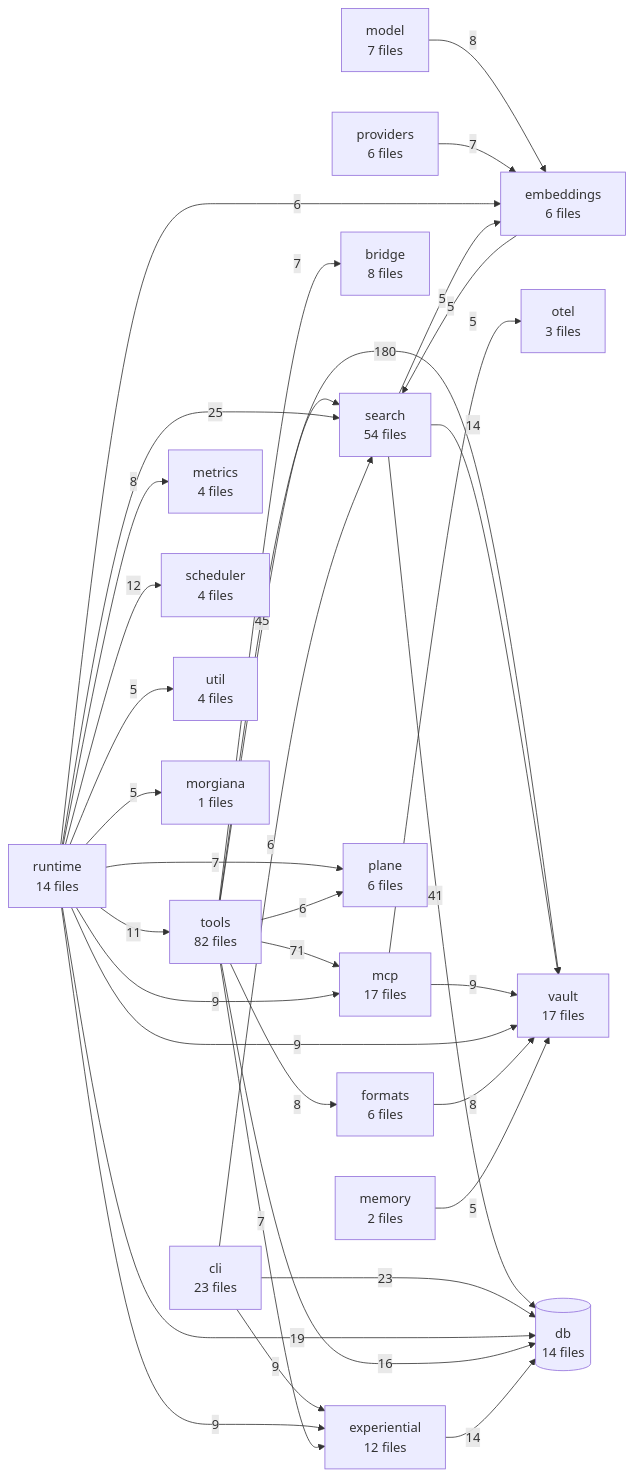
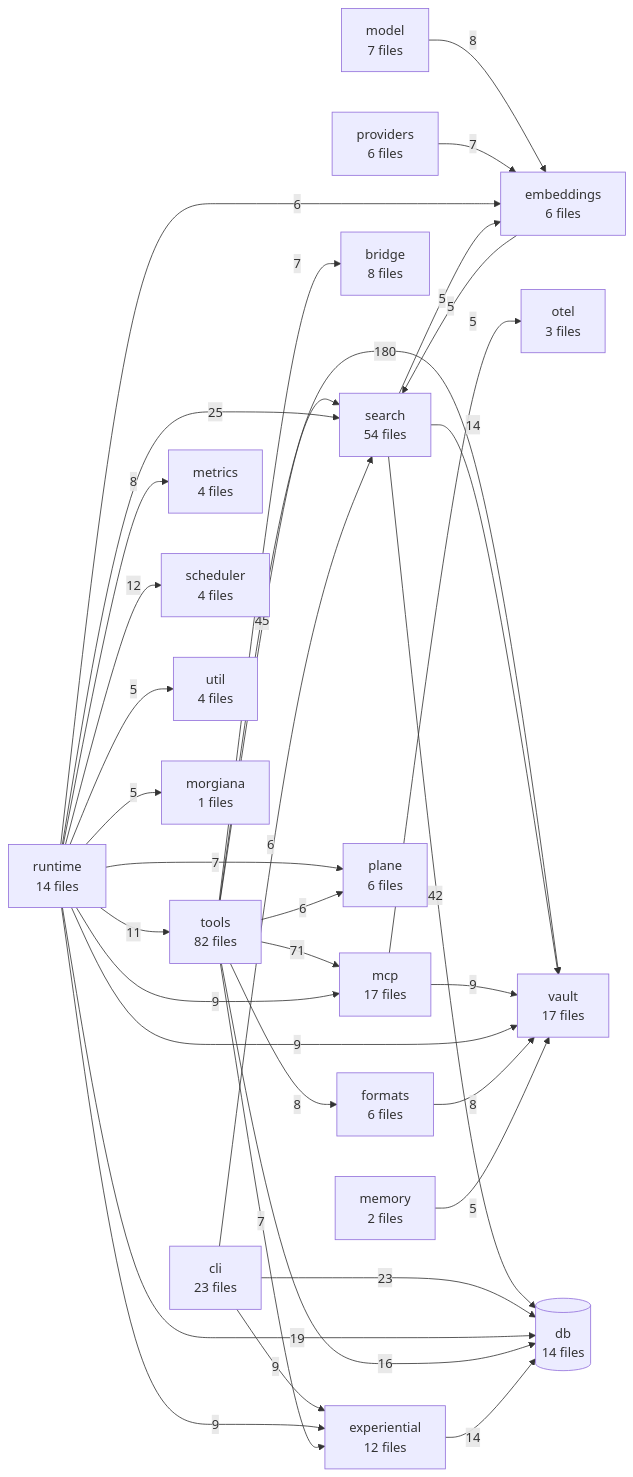
Before and after one commit to The-40-Thieves/obsidian-tc: the diagram in TREE.md, drawn with Mermaid. The commit also changed other lines of this file and 7 other files, not shown here.

````diff
--- a/TREE.md
+++ b/TREE.md
@@ -300,58 +301,58 @@
 ```mermaid
 flowchart LR
   tools[tools<br/>82 files]
   search[search<br/>54 files]
   cli[cli<br/>23 files]
   mcp[mcp<br/>17 files]
   vault[vault<br/>17 files]
   db[(db<br/>14 files)]
   runtime[runtime<br/>14 files]
   experiential[experiential<br/>12 files]
   bridge[bridge<br/>8 files]
   model[model<br/>7 files]
   embeddings[embeddings<br/>6 files]
   formats[formats<br/>6 files]
   plane[plane<br/>6 files]
   providers[providers<br/>6 files]
   metrics[metrics<br/>4 files]
   scheduler[scheduler<br/>4 files]
   util[util<br/>4 files]
   otel[otel<br/>3 files]
   memory[memory<br/>2 files]
   morgiana[morgiana<br/>1 files]
 
   tools -->|180| vault
   tools -->|71| mcp
   tools -->|45| search
-  search -->|41| db
+  search -->|42| db
   runtime -->|25| search
   cli -->|23| db
   runtime -->|19| db
   tools -->|16| db
   experiential -->|14| db
   search -->|14| vault
   runtime -->|12| scheduler
   runtime -->|11| tools
   cli -->|9| experiential
   mcp -->|9| vault
   runtime -->|9| experiential
   runtime -->|9| vault
   runtime -->|9| mcp
   formats -->|8| vault
   model -->|8| embeddings
   runtime -->|8| metrics
   tools -->|8| formats
   providers -->|7| embeddings
   runtime -->|7| plane
   tools -->|7| experiential
   tools -->|7| bridge
   cli -->|6| search
   runtime -->|6| embeddings
   tools -->|6| plane
   embeddings -->|5| search
   mcp -->|5| otel
   memory -->|5| vault
   runtime -->|5| util
   runtime -->|5| morgiana
   search -->|5| embeddings
 ```
````
